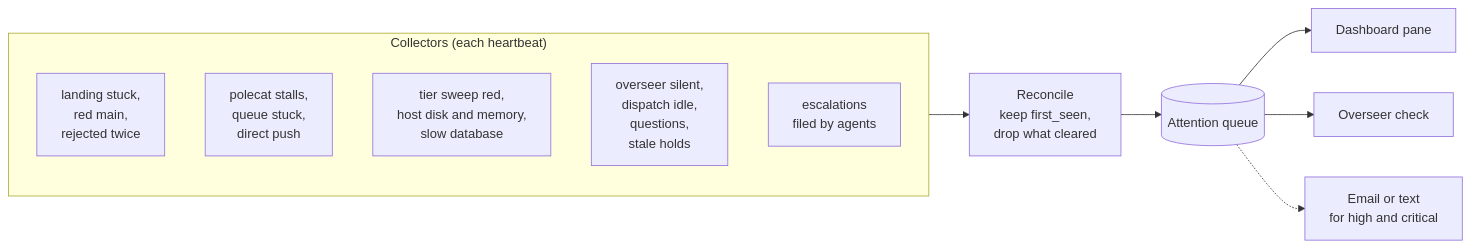
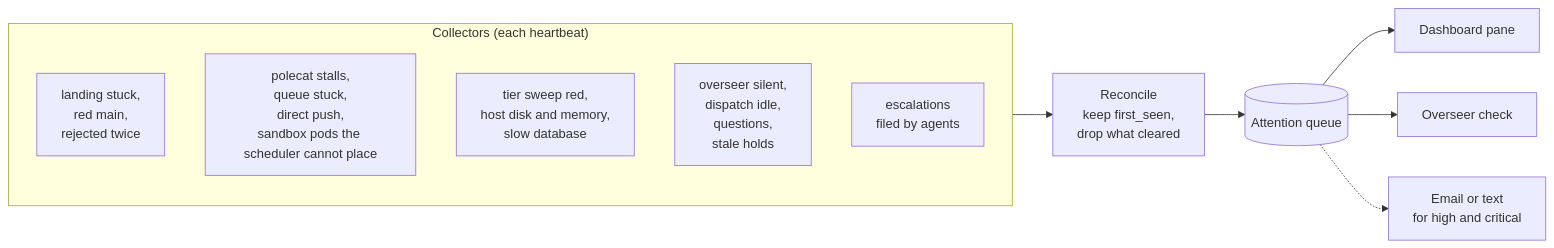
Before and after one commit to sloanahrens/gastown: the eighth of 9 diagrams in docs/architecture.md, drawn with Mermaid. The commit also changed other lines of this file, not shown here.

Commit message:
docs: architecture.md gains the local round and the unschedulable-pod attention item (gt-5jxbjq)

````diff
--- a/docs/architecture.md
+++ b/docs/architecture.md
@@ -390,15 +393,15 @@
 ```mermaid
 flowchart LR
     subgraph COLLECT["Collectors (each heartbeat)"]
         C1["landing stuck,<br/>red main,<br/>rejected twice"]
-        C2["polecat stalls,<br/>queue stuck,<br/>direct push"]
+        C2["polecat stalls,<br/>queue stuck,<br/>direct push,<br/>sandbox pods the scheduler cannot place"]
         C3["tier sweep red,<br/>host disk and memory,<br/>slow database"]
         C4["overseer silent,<br/>dispatch idle,<br/>questions,<br/>stale holds"]
         C5["escalations<br/>filed by agents"]
     end
     COLLECT --> REC["Reconcile<br/>keep first_seen,<br/>drop what cleared"]
     REC --> Q[("Attention queue")]
     Q --> DASH["Dashboard pane"]
     Q --> OVS["Overseer check"]
     Q -.-> NOTIFY["Email or text<br/>for high and critical"]
 ```
````
